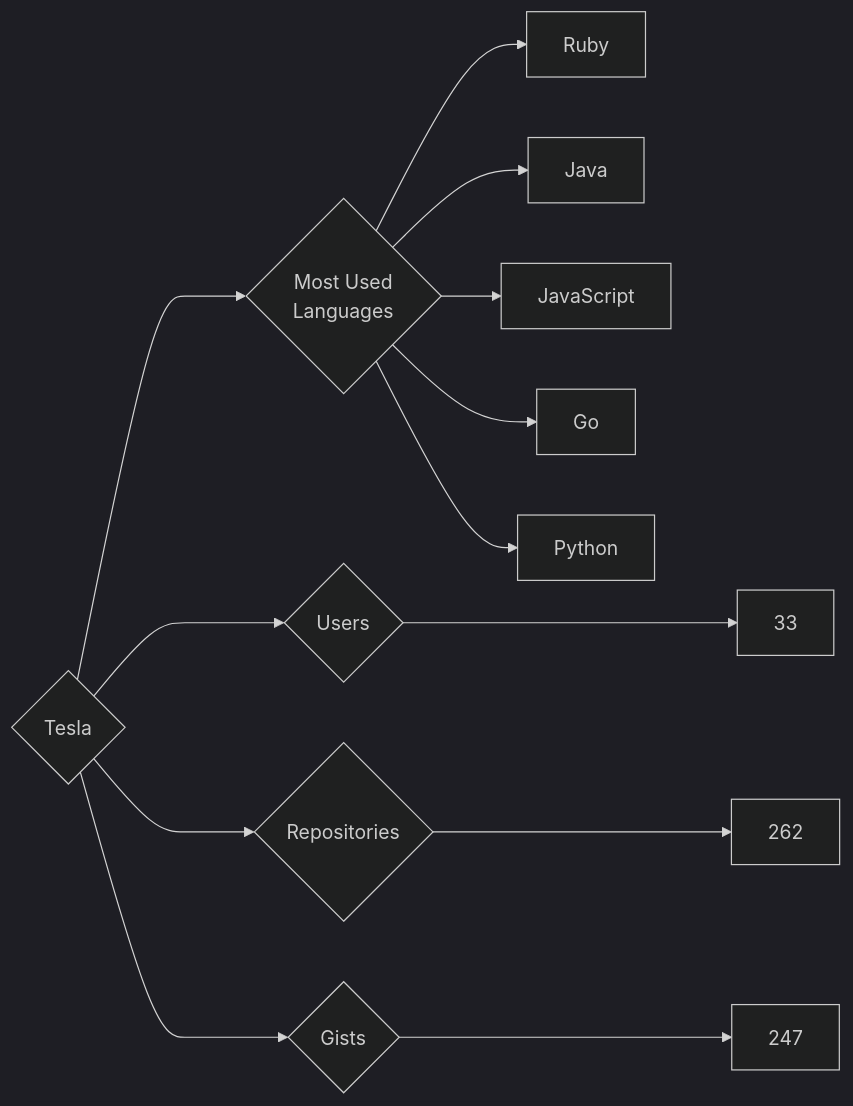
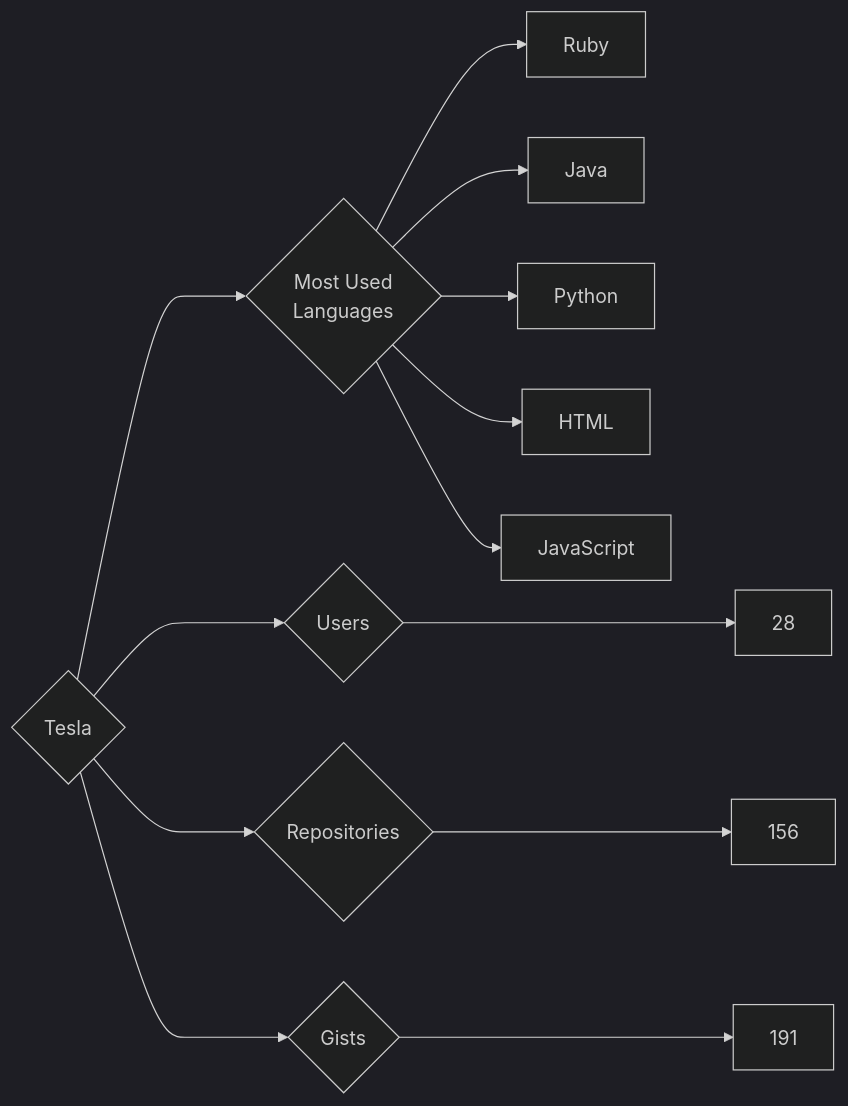
Before and after one commit to trickest/insiders: the diagram in targets/Tesla/README.md, drawn with Mermaid (dark theme). The commit also changed 964 other files, not shown here.

````diff
--- a/targets/Tesla/README.md
+++ b/targets/Tesla/README.md
@@ -3,13 +3,13 @@
 ```mermaid
 graph LR
 COMPANY_NAME{Tesla}
-COMPANY_NAME ---> U{Users} ---> UN[33]
-COMPANY_NAME ---> R{Repositories} ---> RN[262]
-COMPANY_NAME ---> G{Gists} ---> GN[247]
+COMPANY_NAME ---> U{Users} ---> UN[28]
+COMPANY_NAME ---> R{Repositories} ---> RN[156]
+COMPANY_NAME ---> G{Gists} ---> GN[191]
 COMPANY_NAME ---> ML{Most Used<br>Languages}
 ML --> Ruby[Ruby]
 ML --> Java[Java]
+ML --> Python[Python]
+ML --> HTML[HTML]
 ML --> JavaScript[JavaScript]
-ML --> Go[Go]
-ML --> Python[Python]
 ```
````
